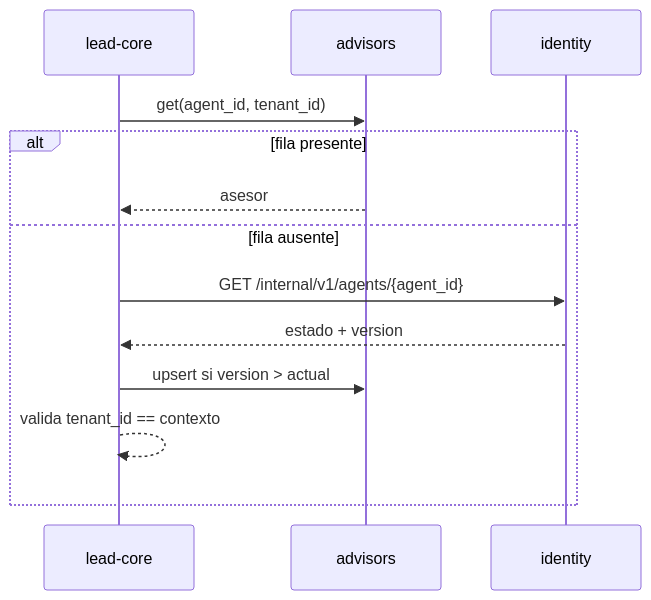
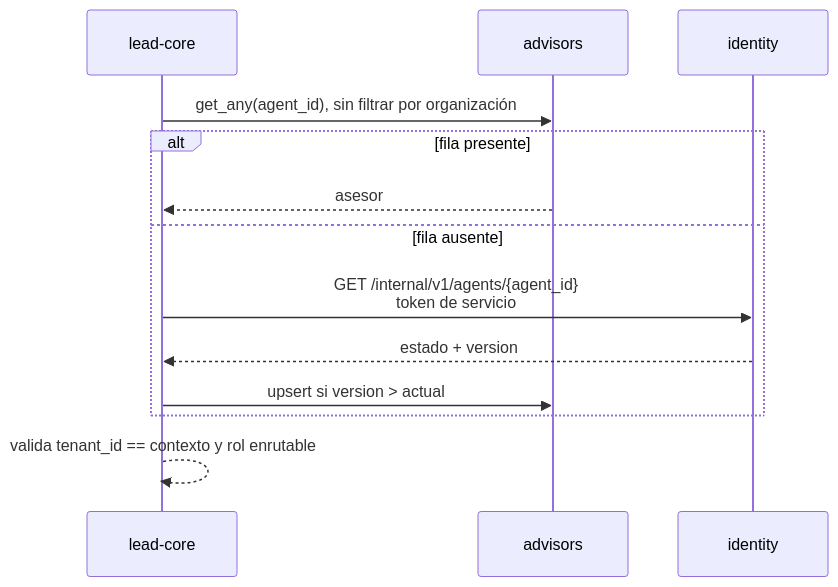
Before and after one commit to MDCIrony/leads-hexa: the second of 3 diagrams in docs/content/microservices/02-servicios-y-datos.md, drawn with Mermaid. The commit also changed other lines of this file and 31 other files, not shown here.

````diff
--- a/docs/content/microservices/02-servicios-y-datos.md
+++ b/docs/content/microservices/02-servicios-y-datos.md
@@ -80,16 +81,16 @@
 ```mermaid
 sequenceDiagram
     participant LC as lead-core
     participant P as advisors
     participant ID as identity
 
-    LC->>P: get(agent_id, tenant_id)
+    LC->>P: get_any(agent_id), sin filtrar por organización
     alt fila presente
         P-->>LC: asesor
     else fila ausente
-        LC->>ID: GET /internal/v1/agents/{agent_id}
+        LC->>ID: GET /internal/v1/agents/{agent_id}<br/>token de servicio
         ID-->>LC: estado + version
         LC->>P: upsert si version > actual
-        LC-->>LC: valida tenant_id == contexto
     end
+    LC-->>LC: valida tenant_id == contexto y rol enrutable
 ```
````
